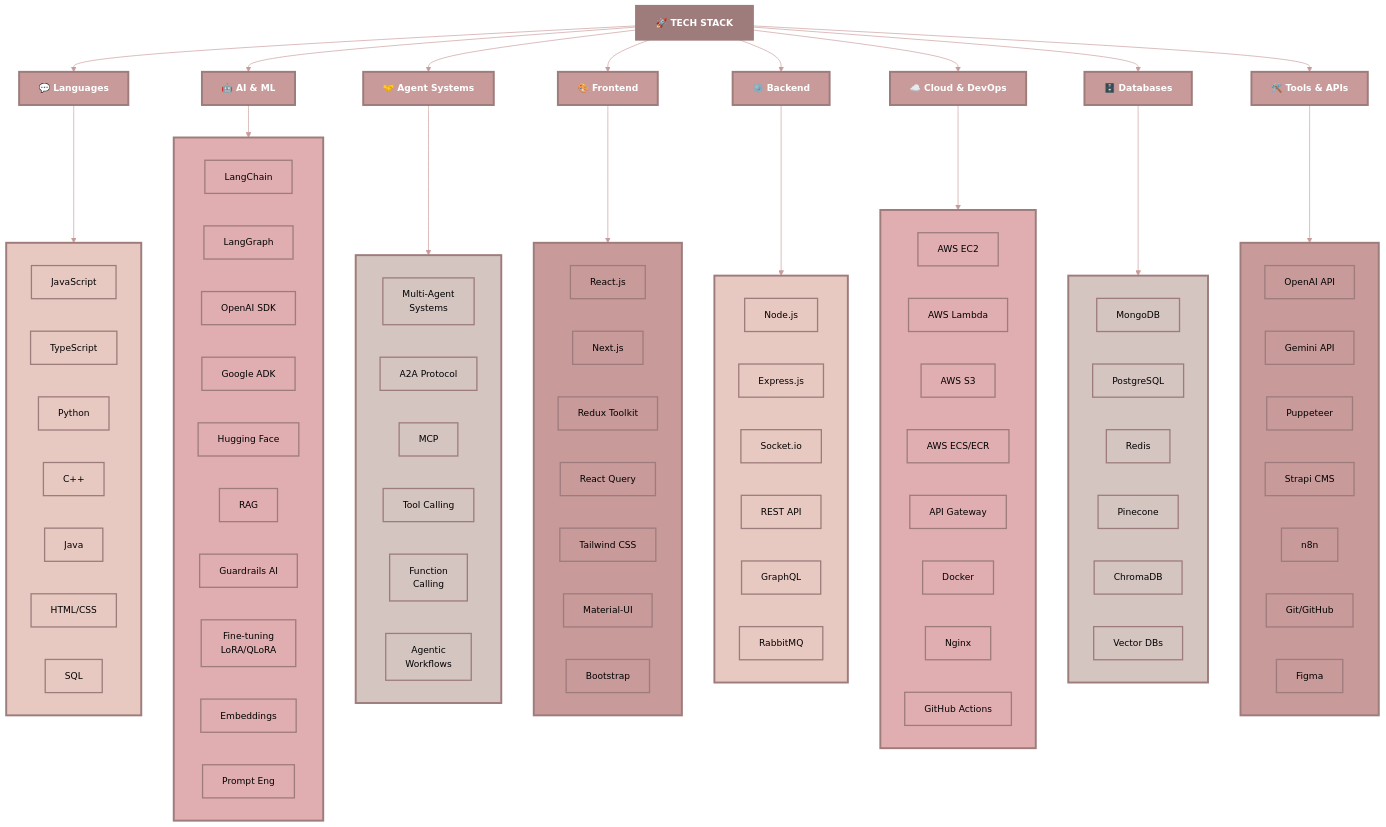
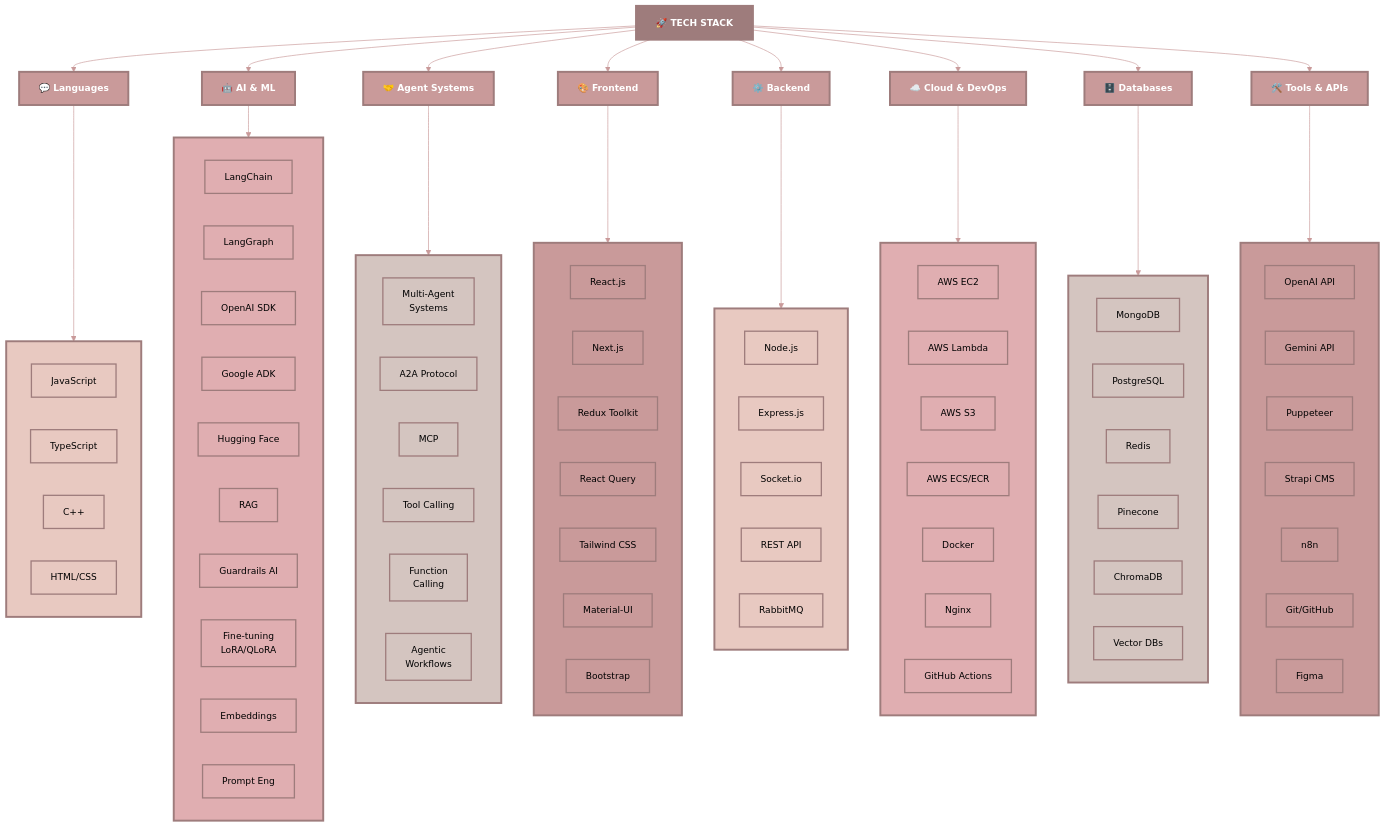
One commit to suyashagrahari/suyashagrahari changed the first of 2 diagrams in README.md. Above: the diagram before and after it, drawn with Mermaid.

Commit message:
remove extra text

```diff
--- a/README.md
+++ b/README.md
@@ -69,11 +69,8 @@
     subgraph LANG_TOOLS[" "]
         L1["JavaScript"]
         L2["TypeScript"]
-        L3["Python"]
-        L4["C++"]
-        L5["Java"]
-        L6["HTML/CSS"]
-        L7["SQL"]
+        L3["C++"]
+        L4["HTML/CSS"]
     end
     
     %% AI & ML
@@ -117,8 +114,7 @@
         B2["Express.js"]
         B3["Socket.io"]
         B4["REST API"]
-        B5["GraphQL"]
-        B6["RabbitMQ"]
+        B5["RabbitMQ"]
     end
     
     %% Cloud & DevOps
@@ -127,10 +123,9 @@
         C2["AWS Lambda"]
         C3["AWS S3"]
         C4["AWS ECS/ECR"]
-        C5["API Gateway"]
-        C6["Docker"]
-        C7["Nginx"]
-        C8["GitHub Actions"]
+        C5["Docker"]
+        C6["Nginx"]
+        C7["GitHub Actions"]
     end
     
     %% Databases
```
